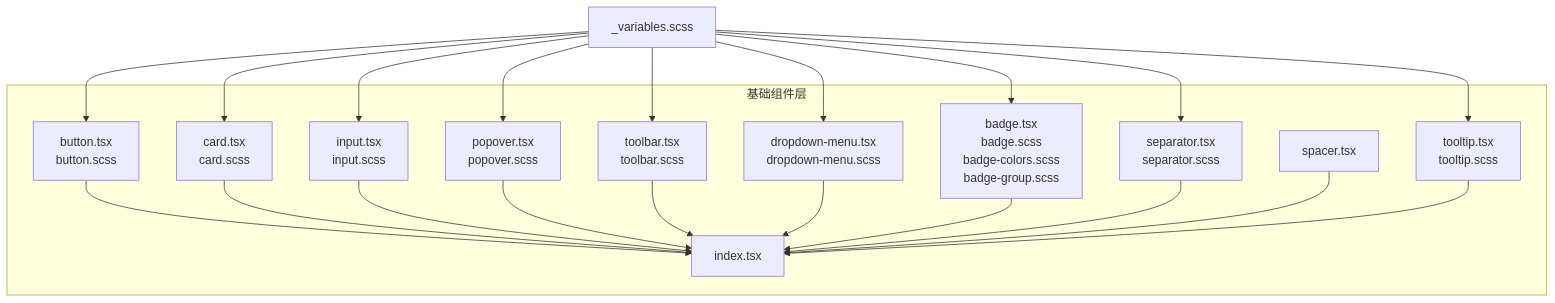
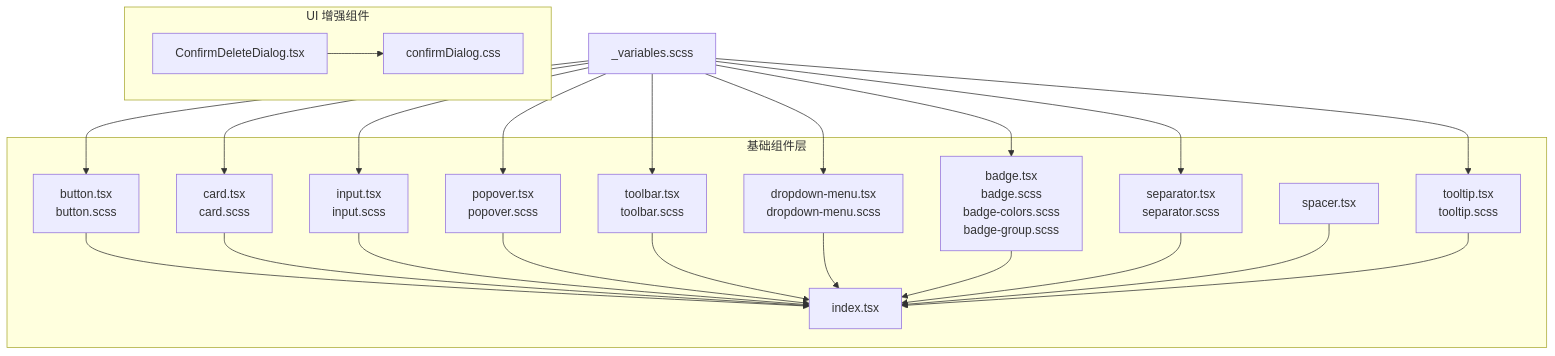
One commit to gzdxhujiale/FishWorker changed the first of 6 diagrams in .qoder/repowiki/zh/content/架构设计/组件架构设计/基础 UI 组件层.md. Above: the diagram before and after it, drawn with Mermaid. The commit also changed other lines of this file and 19 other files, not shown here.

````diff
--- a/.qoder/repowiki/zh/content/架构设计/组件架构设计/基础 UI 组件层.md
+++ b/.qoder/repowiki/zh/content/架构设计/组件架构设计/基础 UI 组件层.md
@@ -61,36 +70,41 @@
 ```mermaid
 graph TB
 subgraph "基础组件层"
 A["button.tsx<br/>button.scss"]
 B["card.tsx<br/>card.scss"]
 C["input.tsx<br/>input.scss"]
 D["popover.tsx<br/>popover.scss"]
 E["toolbar.tsx<br/>toolbar.scss"]
 F["dropdown-menu.tsx<br/>dropdown-menu.scss"]
 G["badge.tsx<br/>badge.scss<br/>badge-colors.scss<br/>badge-group.scss"]
 H["separator.tsx<br/>separator.scss"]
 I["spacer.tsx"]
 J["tooltip.tsx<br/>tooltip.scss"]
 K["index.tsx"]
 end
-L["_variables.scss"]
+subgraph "UI 增强组件"
+L["ConfirmDeleteDialog.tsx"]
+M["confirmDialog.css"]
+end
+N["_variables.scss"]
 A --> K
 B --> K
 C --> K
 D --> K
 E --> K
 F --> K
 G --> K
 H --> K
 I --> K
 J --> K
-L --> A
-L --> B
-L --> C
-L --> D
-L --> E
-L --> F
-L --> G
-L --> H
-L --> J
+N --> A
+N --> B
+N --> C
+N --> D
+N --> E
+N --> F
+N --> G
+N --> H
+N --> J
+L --> M
 ```
````
